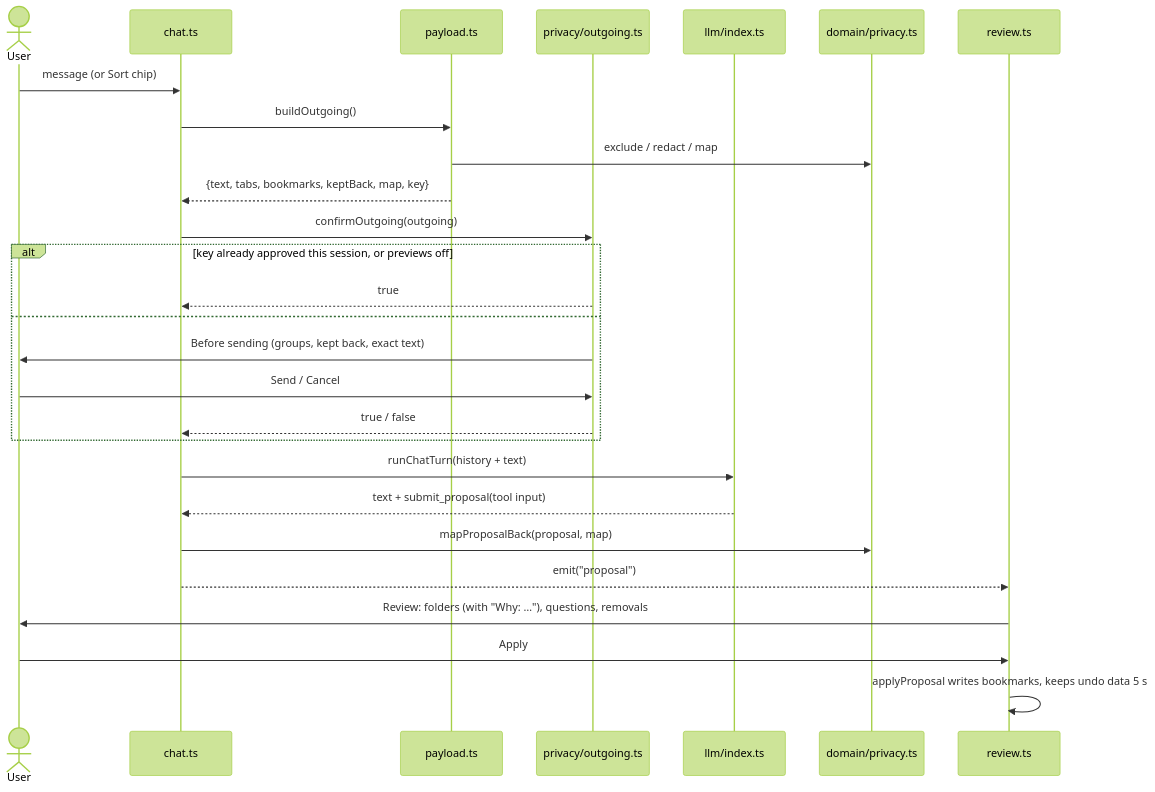
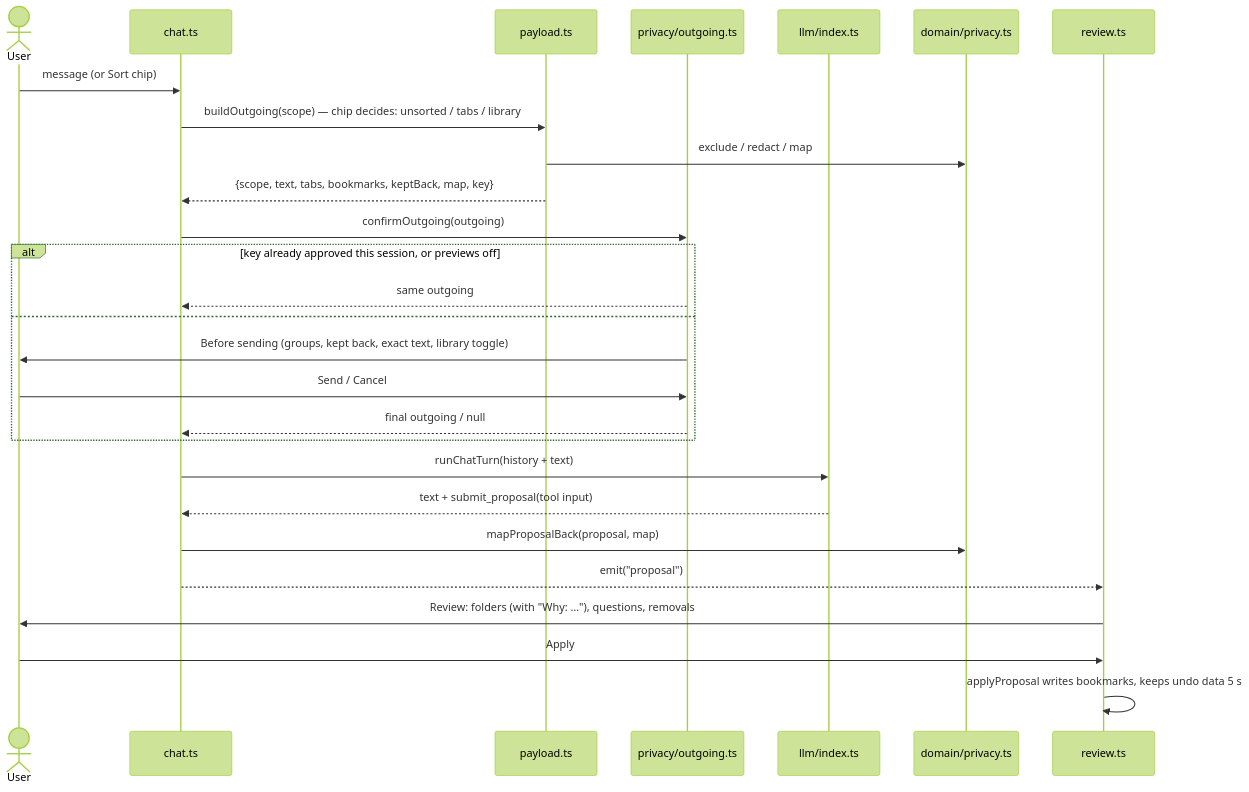
The third of 5 diagrams in docs/ARCHITECTURE.md (KucherenkoSerhiy/tab-librarian), drawn with Mermaid (forest theme) before and after one commit. The commit also changed other lines of this file and 12 other files, not shown here.

````diff
--- a/docs/ARCHITECTURE.md
+++ b/docs/ARCHITECTURE.md
@@ -98,30 +104,30 @@
 ```mermaid
 sequenceDiagram
   actor U as User
   participant C as chat.ts
   participant P as payload.ts
   participant O as privacy/outgoing.ts
   participant L as llm/index.ts
   participant D as domain/privacy.ts
   participant R as review.ts
 
   U->>C: message (or Sort chip)
-  C->>P: buildOutgoing()
+  C->>P: buildOutgoing(scope) — chip decides: unsorted / tabs / library
   P->>D: exclude / redact / map
-  P-->>C: {text, tabs, bookmarks, keptBack, map, key}
+  P-->>C: {scope, text, tabs, bookmarks, keptBack, map, key}
   C->>O: confirmOutgoing(outgoing)
   alt key already approved this session, or previews off
-    O-->>C: true
+    O-->>C: same outgoing
   else
-    O->>U: Before sending (groups, kept back, exact text)
+    O->>U: Before sending (groups, kept back, exact text, library toggle)
     U->>O: Send / Cancel
-    O-->>C: true / false
+    O-->>C: final outgoing / null
   end
   C->>L: runChatTurn(history + text)
   L-->>C: text + submit_proposal(tool input)
   C->>D: mapProposalBack(proposal, map)
   C-->>R: emit("proposal")
   R->>U: Review: folders (with "Why: …"), questions, removals
   U->>R: Apply
   R->>R: applyProposal writes bookmarks, keeps undo data 5 s
 ```
````
